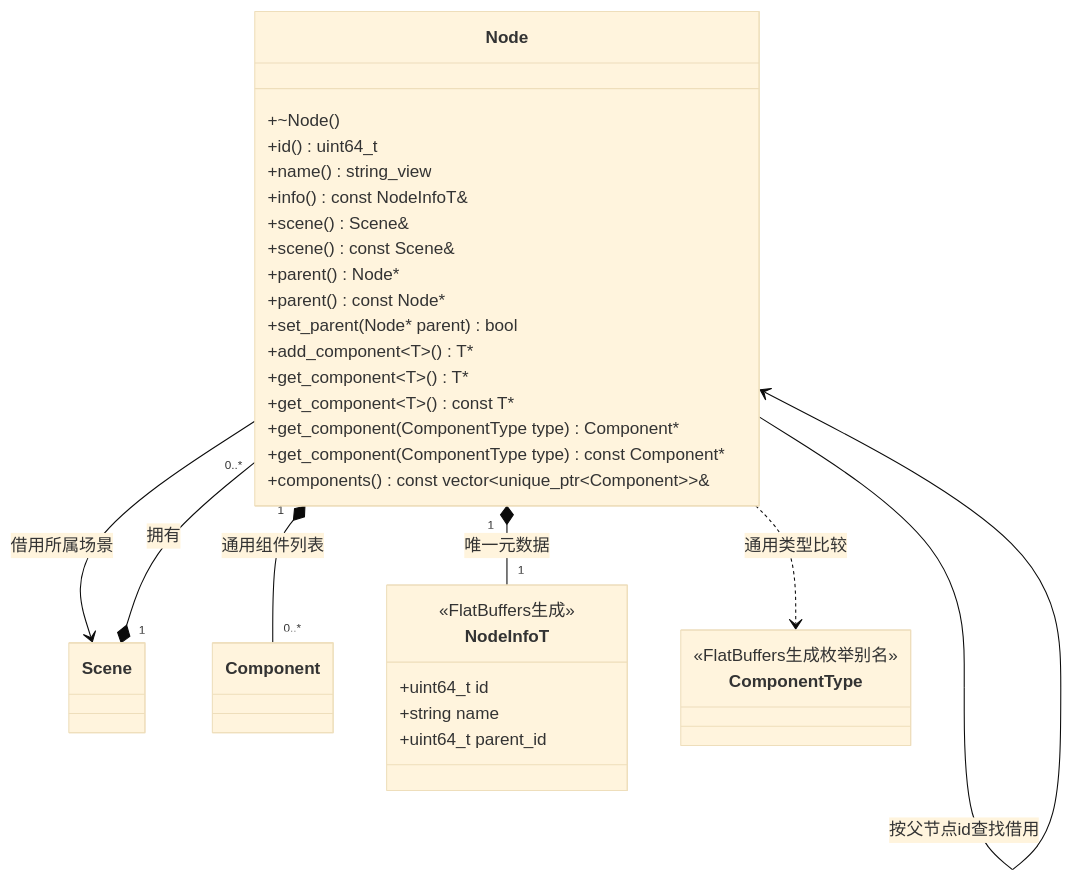
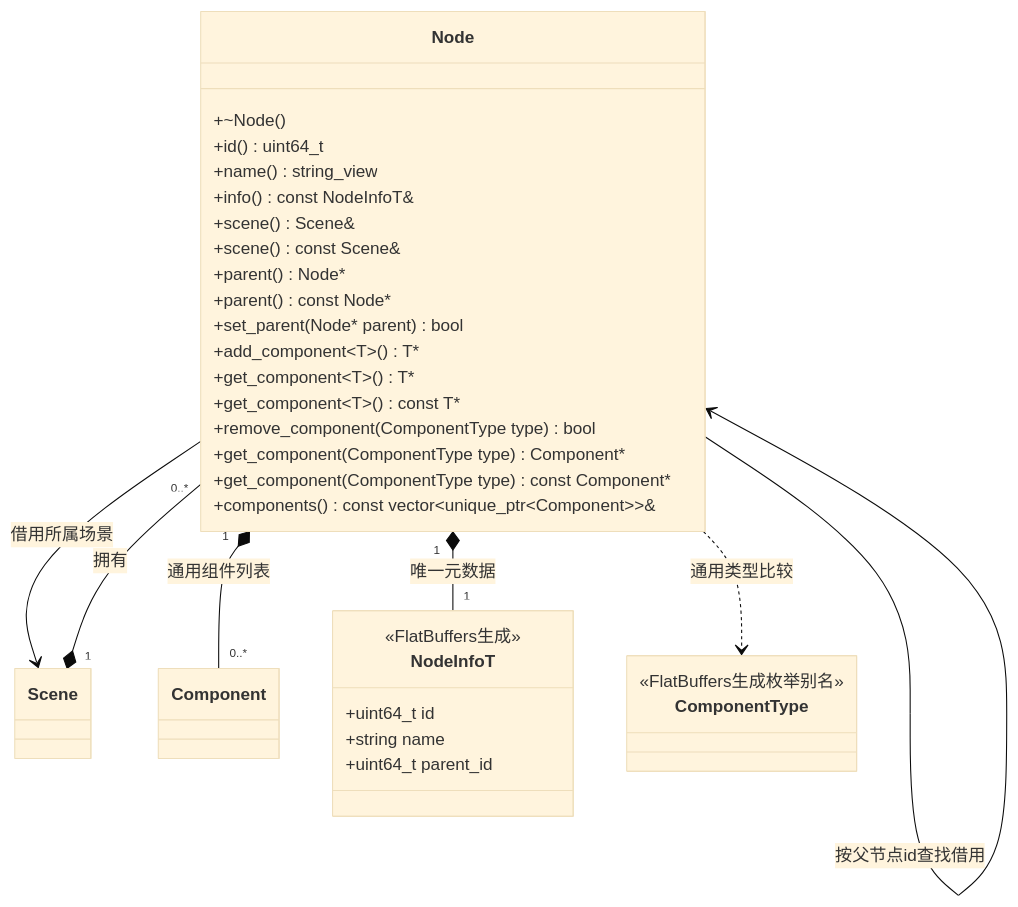
The diagram in docs/runtime/class-diagrams/node.md (lcals/Engine), drawn with Mermaid (base theme) before and after one commit. The commit also changed other lines of this file and 114 other files, not shown here.

````diff
--- a/docs/runtime/class-diagrams/node.md
+++ b/docs/runtime/class-diagrams/node.md
@@ -5,37 +5,38 @@
 ```mermaid
 classDiagram
     class Node {
         +~Node()
         +id() uint64_t
         +name() string_view
         +info() const NodeInfoT&
         +scene() Scene&
         +scene() const Scene&
         +parent() Node#42;
         +parent() const Node#42;
         +set_parent(Node#42; parent) bool
         +add_component~T~() T#42;
         +get_component~T~() T#42;
         +get_component~T~() const T#42;
+        +remove_component(ComponentType type) bool
         +get_component(ComponentType type) Component#42;
         +get_component(ComponentType type) const Component#42;
         +components() const vector~unique_ptr~Component~~&
     }
     class Scene
     class Component
     class NodeInfoT {
         <<FlatBuffers生成>>
         +uint64_t id
         +string name
         +uint64_t parent_id
     }
     class ComponentType {
         <<FlatBuffers生成枚举别名>>
     }
     Scene "1" *-- "0..*" Node : 拥有
     Node --> Scene : 借用所属场景
     Node --> Node : 按父节点id查找借用
     Node "1" *-- "1" NodeInfoT : 唯一元数据
     Node "1" *-- "0..*" Component : 通用组件列表
     Node ..> ComponentType : 通用类型比较
 ```
````
